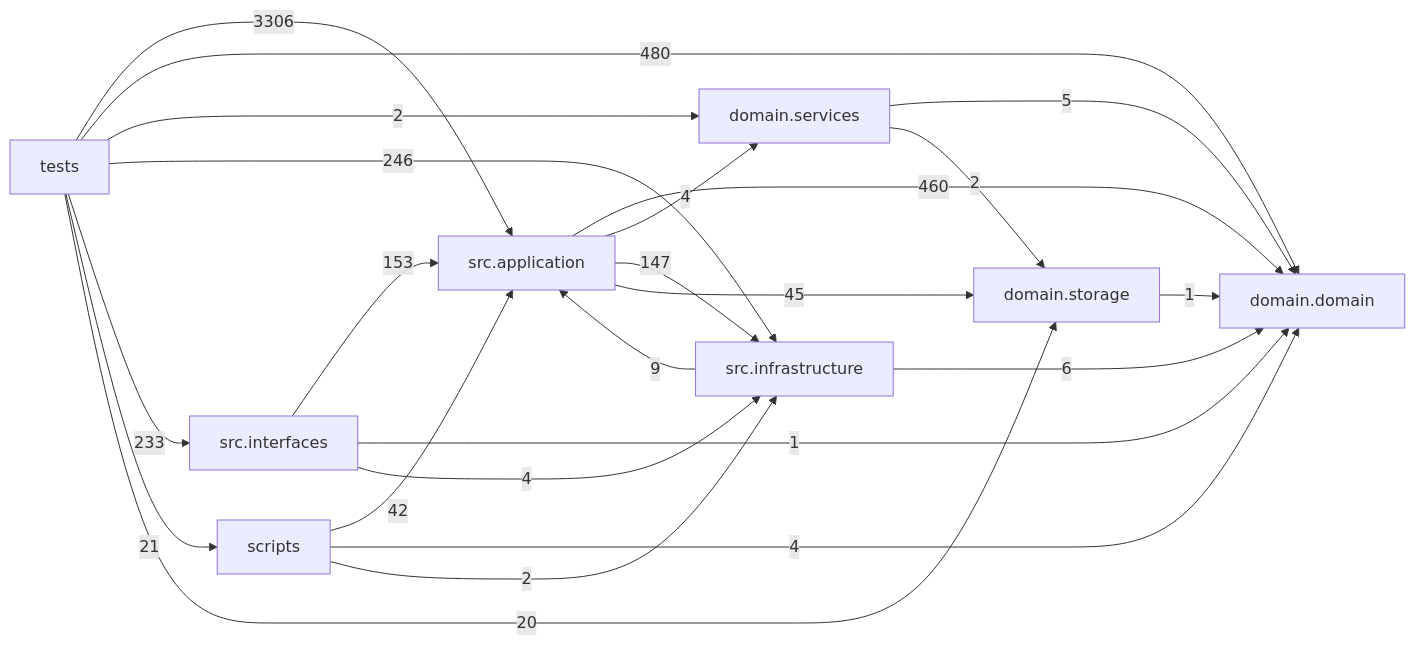
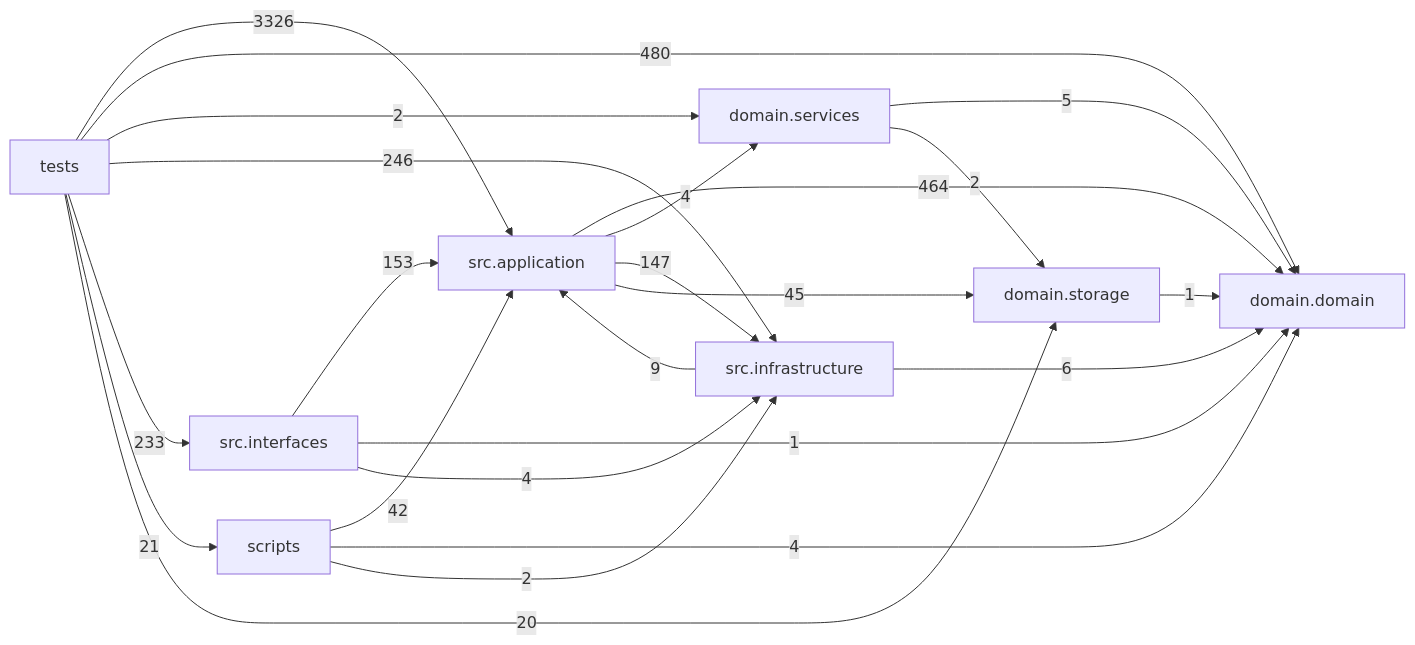
One commit to liuxie066/options-monitor changed the diagram in docs/DEPENDENCY_GRAPH.md. Above: the diagram before and after it, drawn with Mermaid. The commit also changed other lines of this file and 14 other files, not shown here.

````diff
--- a/docs/DEPENDENCY_GRAPH.md
+++ b/docs/DEPENDENCY_GRAPH.md
@@ -24,33 +24,33 @@
 ```mermaid
 flowchart LR
   tests["tests"]
   scripts["scripts"]
   interfaces["src.interfaces"]
   application["src.application"]
   infrastructure["src.infrastructure"]
   domain_services["domain.services"]
   domain["domain.domain"]
   storage["domain.storage"]
-  application -->|460| domain
+  application -->|464| domain
   application -->|4| domain_services
   application -->|147| infrastructure
   application -->|45| storage
   domain_services -->|5| domain
   domain_services -->|2| storage
   infrastructure -->|9| application
   infrastructure -->|6| domain
   interfaces -->|153| application
   interfaces -->|1| domain
   interfaces -->|4| infrastructure
   scripts -->|42| application
   scripts -->|4| domain
   scripts -->|2| infrastructure
   storage -->|1| domain
-  tests -->|3306| application
+  tests -->|3326| application
   tests -->|480| domain
   tests -->|2| domain_services
   tests -->|246| infrastructure
   tests -->|233| interfaces
   tests -->|21| scripts
   tests -->|20| storage
 ```
````
